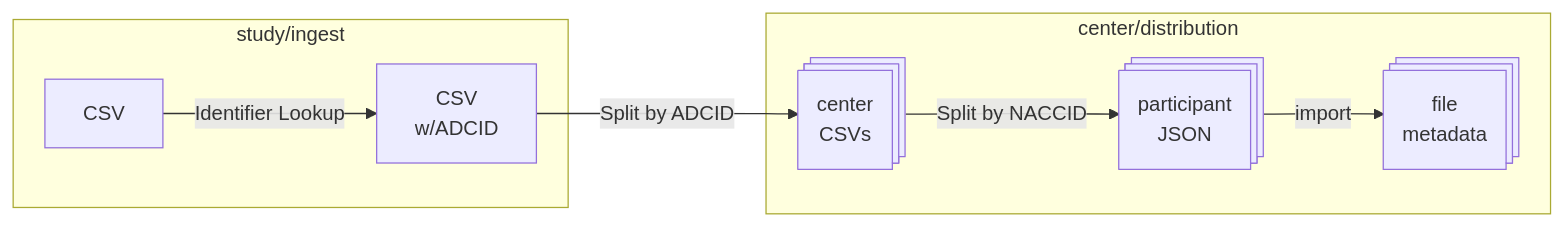
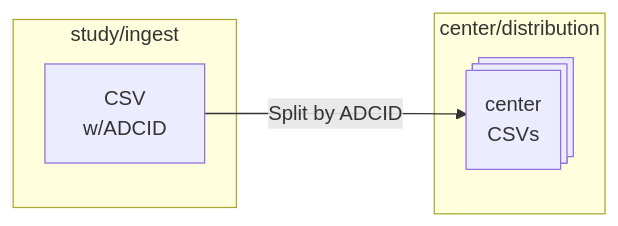
The second of 3 diagrams in docs/csv_center_splitter/process.md (naccdata/flywheel-gear-extensions), drawn with Mermaid before and after one commit. The commit also changed other lines of this file, not shown here.

Commit message:
Revise CSV file processing process document

````diff
--- a/docs/csv_center_splitter/process.md
+++ b/docs/csv_center_splitter/process.md
@@ -26,11 +69,9 @@
 ```mermaid
 flowchart LR
     subgraph study/ingest
-        A@{ shape: rect, label: "CSV" } -- Identifier Lookup --> B@{ shape: rect, label: "CSV\nw/ADCID" }
+        B@{ shape: rect, label: "CSV\nw/ADCID" }
     end
     subgraph center/distribution
         B -- Split by ADCID --> C@{ shape: processes, label: "center\nCSVs" }
-        C -- Split by NACCID --> D@{ shape: processes, label: "participant\nJSON" }
-        D -- import --> E@{ shape: processes, label: "file\nmetadata" }
     end
 ```
````
